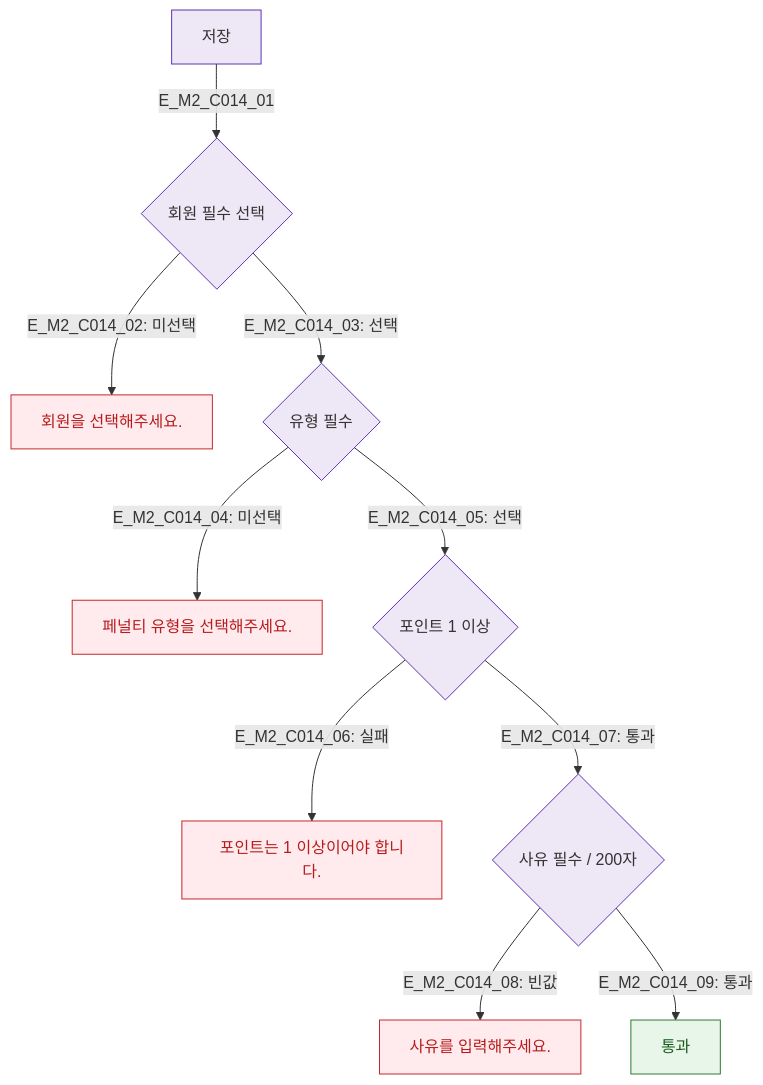
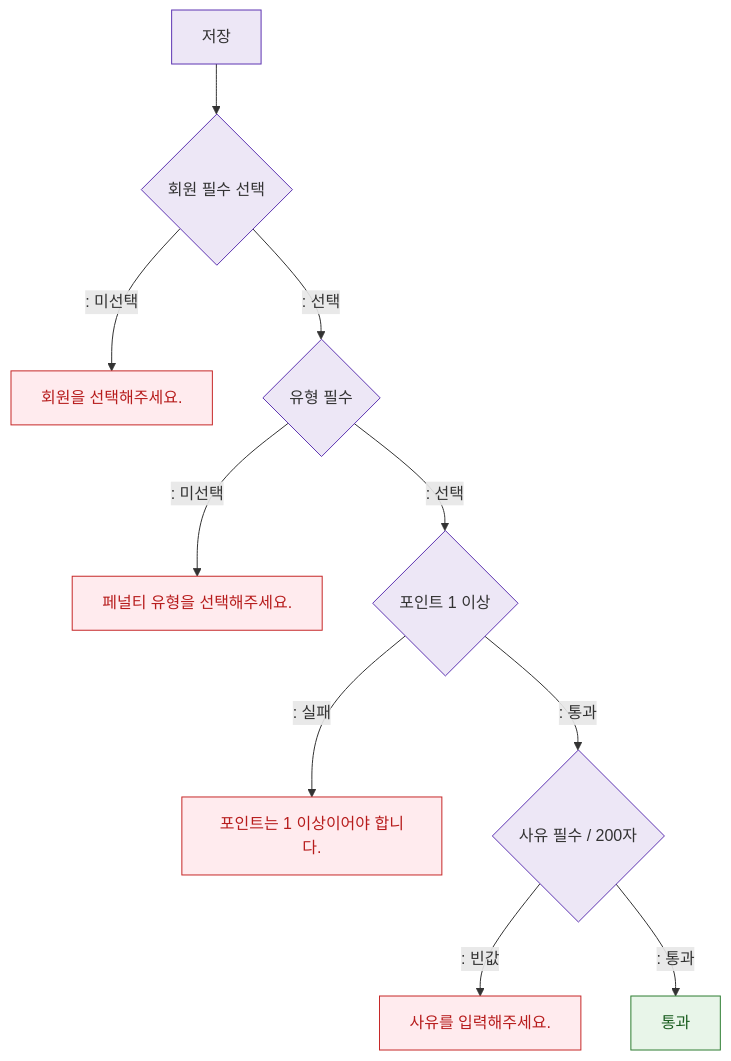
One commit to dev-spogym/admin-pando changed the diagram in docs/다이어그램/D04_수업관리/DLG/DLG-C014_페널티등록/M2_필드검증.md. Above: the diagram before and after it, drawn with Mermaid. The commit also changed other lines of this file and 1660 other files, not shown here.

First line of the commit message:
다이어그램: 기획자/클라이언트 납품본으로 정리

````diff
--- a/docs/다이어그램/D04_수업관리/DLG/DLG-C014_페널티등록/M2_필드검증.md
+++ b/docs/다이어그램/D04_수업관리/DLG/DLG-C014_페널티등록/M2_필드검증.md
@@ -20,19 +18,19 @@
 ```mermaid
 flowchart TD
-  Save[저장] -->|E_M2_C014_01| V_Member{회원 필수 선택}
-  V_Member -->|"E_M2_C014_02: 미선택"| E_Member[회원을 선택해주세요.]
-  V_Member -->|"E_M2_C014_03: 선택"| V_Type{유형 필수}
-  V_Type -->|"E_M2_C014_04: 미선택"| E_Type[페널티 유형을 선택해주세요.]
-  V_Type -->|"E_M2_C014_05: 선택"| V_Point{포인트 1 이상}
-  V_Point -->|"E_M2_C014_06: 실패"| E_Point[포인트는 1 이상이어야 합니다.]
-  V_Point -->|"E_M2_C014_07: 통과"| V_Reason{사유 필수 / 200자}
-  V_Reason -->|"E_M2_C014_08: 빈값"| E_Reason[사유를 입력해주세요.]
-  V_Reason -->|"E_M2_C014_09: 통과"| AllPass[통과]
+  Save[저장] --> V_Member{회원 필수 선택}
+  V_Member -->|": 미선택"|E_Member[회원을 선택해주세요.]
+  V_Member -->|": 선택"|V_Type{유형 필수}
+  V_Type -->|": 미선택"|E_Type[페널티 유형을 선택해주세요.]
+  V_Type -->|": 선택"|V_Point{포인트 1 이상}
+  V_Point -->|": 실패"|E_Point[포인트는 1 이상이어야 합니다.]
+  V_Point -->|": 통과"|V_Reason{사유 필수 / 200자}
+  V_Reason -->|": 빈값"|E_Reason[사유를 입력해주세요.]
+  V_Reason -->|": 통과"|AllPass[통과]
 
   classDef system fill:#EDE7F6,stroke:#5E35B2
   classDef error fill:#FFEBEE,stroke:#C62828,color:#B71C1C
   classDef success fill:#E8F5E9,stroke:#2E7D32,color:#1B5E20
   class Save,V_Member,V_Type,V_Point,V_Reason system
   class E_Member,E_Type,E_Point,E_Reason error
   class AllPass success
 ```
````
